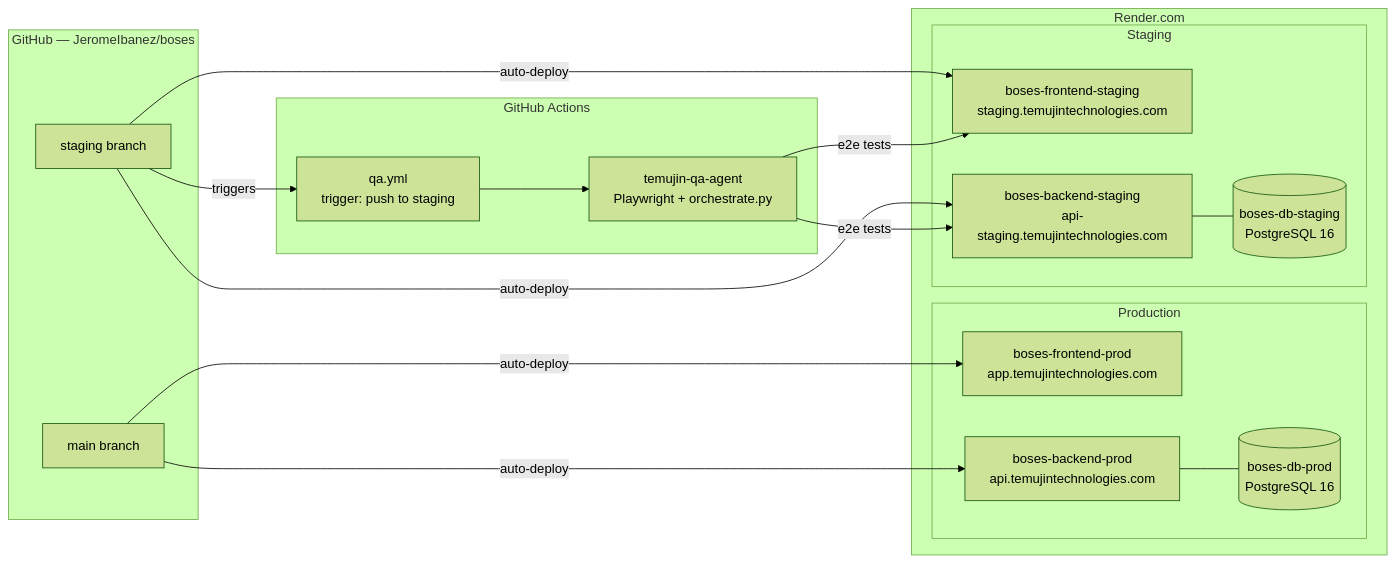
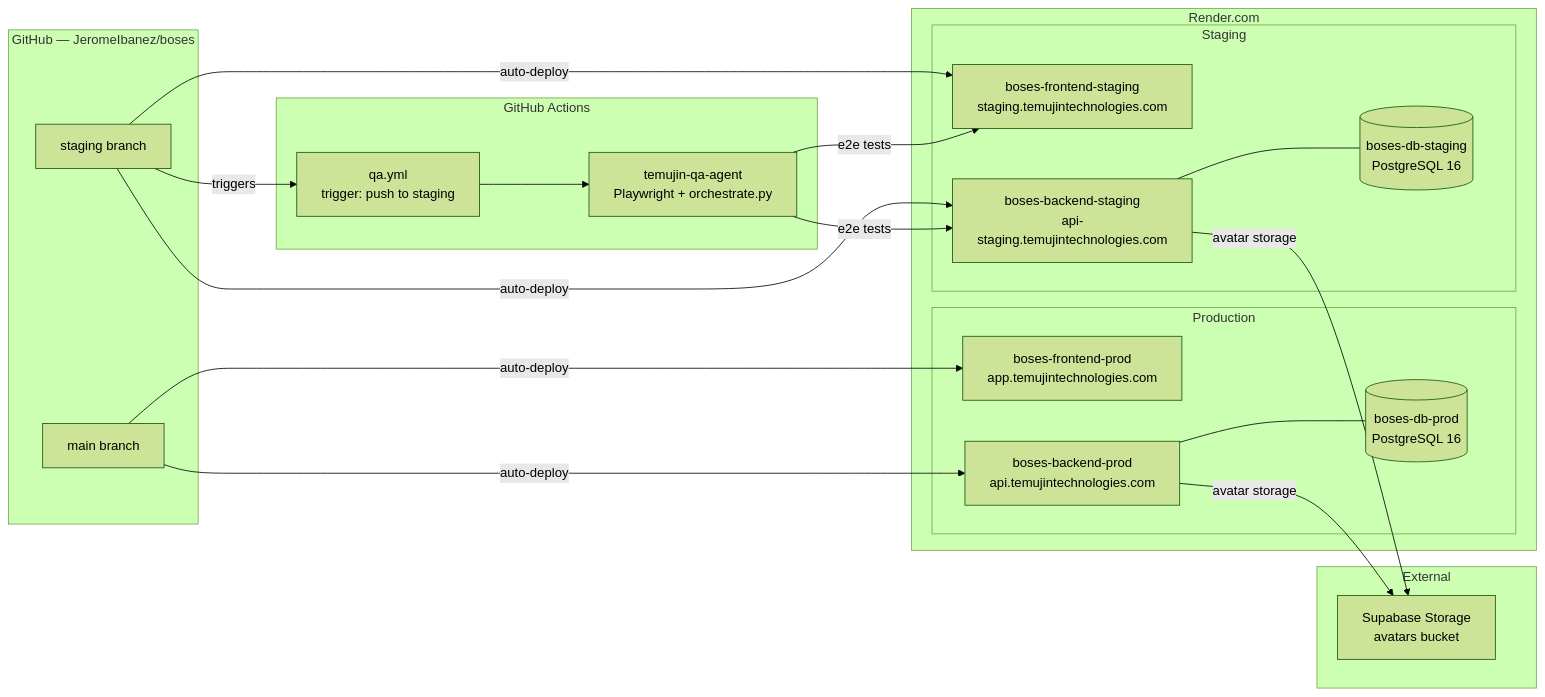
One commit to JeromeIbanez/boses changed the diagram in docs/deployment.md. Above: the diagram before and after it, drawn with Mermaid (forest theme). The commit also changed other lines of this file and 7 other files, not shown here.

Commit message:
docs: regenerate architecture docs [arch-docs]

````diff
--- a/docs/deployment.md
+++ b/docs/deployment.md
@@ -9,36 +9,42 @@
 ```mermaid
 graph LR
     subgraph GitHub["GitHub — JeromeIbanez/boses"]
         MAIN["main branch"]
         STAGING["staging branch"]
     end
 
     subgraph Render["Render.com"]
         subgraph Prod["Production"]
             FE_PROD["boses-frontend-prod\napp.temujintechnologies.com"]
             BE_PROD["boses-backend-prod\napi.temujintechnologies.com"]
             DB_PROD[("boses-db-prod\nPostgreSQL 16")]
         end
         subgraph Stage["Staging"]
             FE_STG["boses-frontend-staging\nstaging.temujintechnologies.com"]
             BE_STG["boses-backend-staging\napi-staging.temujintechnologies.com"]
             DB_STG[("boses-db-staging\nPostgreSQL 16")]
         end
     end
 
     subgraph CI["GitHub Actions"]
         QA["qa.yml\ntrigger: push to staging"]
         QA_AGENT["temujin-qa-agent\nPlaywright + orchestrate.py"]
     end
 
+    subgraph Ext["External"]
+        SUPA["Supabase Storage\navatars bucket"]
+    end
+
     MAIN -->|"auto-deploy"| FE_PROD
     MAIN -->|"auto-deploy"| BE_PROD
     STAGING -->|"auto-deploy"| FE_STG
     STAGING -->|"auto-deploy"| BE_STG
     STAGING -->|"triggers"| QA
     QA --> QA_AGENT
     QA_AGENT -->|"e2e tests"| FE_STG
     QA_AGENT -->|"e2e tests"| BE_STG
     BE_PROD --- DB_PROD
     BE_STG --- DB_STG
+    BE_PROD -->|"avatar storage"| SUPA
+    BE_STG -->|"avatar storage"| SUPA
 ```
````
